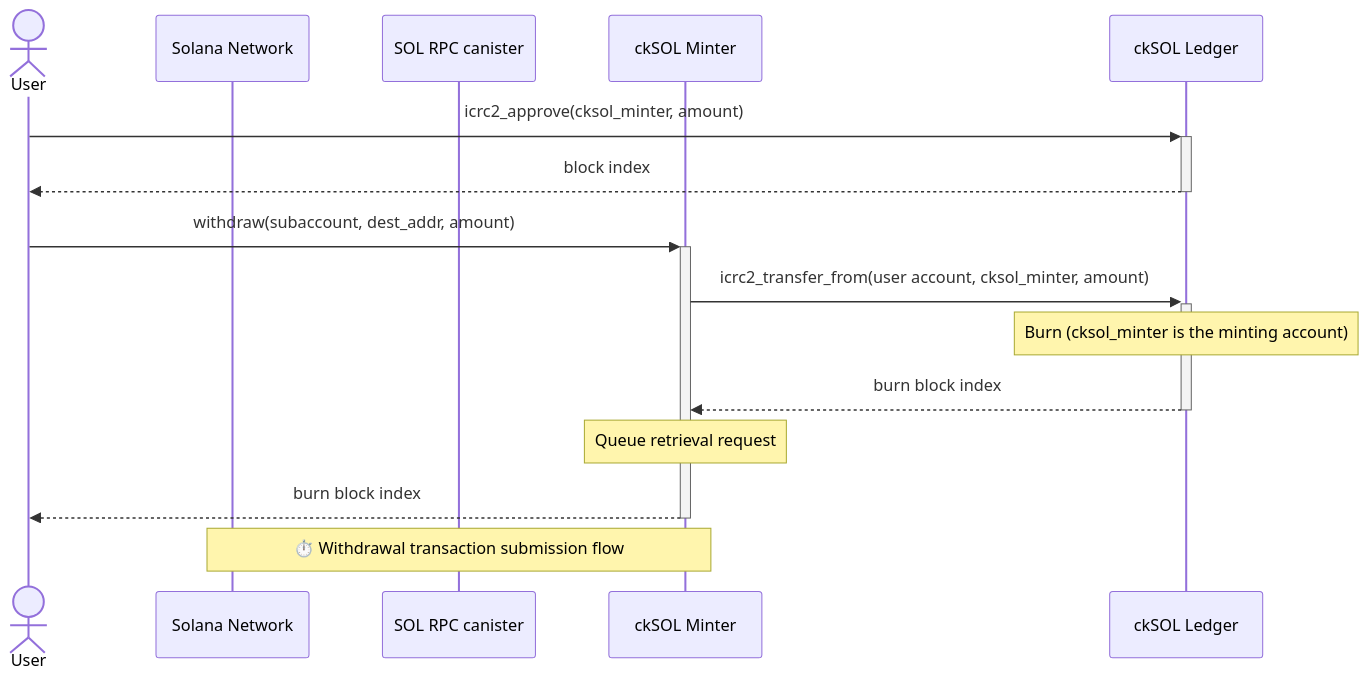
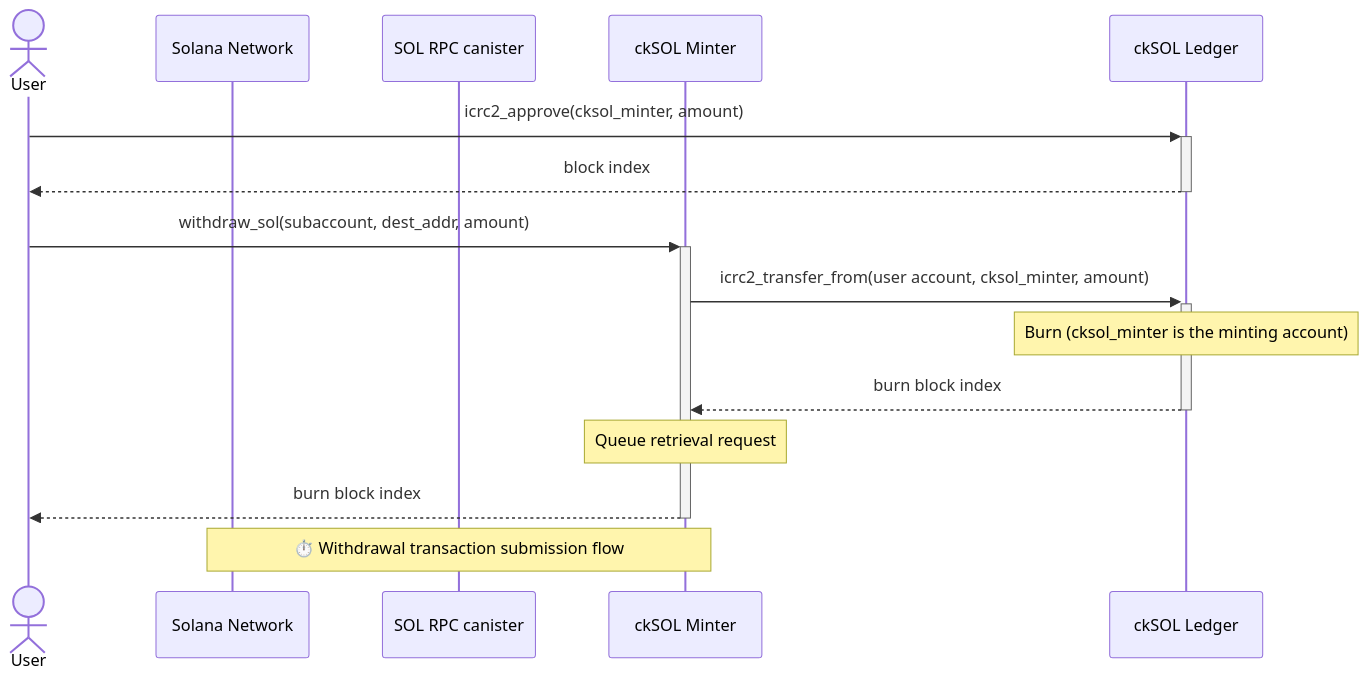
One commit to dfinity/cksol changed the fifth of 8 diagrams in docs/design.md. Above: the diagram before and after it, drawn with Mermaid. The commit also changed other lines of this file and 7 other files, not shown here.

First line of the commit message:
refactor(minter)!: rename the withdraw endpoint to withdraw_sol

````diff
--- a/docs/design.md
+++ b/docs/design.md
@@ -508,19 +508,19 @@
 ```mermaid
 sequenceDiagram
     actor User
     participant Solana as Solana Network
     participant RPC as SOL RPC canister
     participant Minter as ckSOL Minter
     participant Ledger as ckSOL Ledger
 
     User->>+Ledger: icrc2_approve(cksol_minter, amount)
     Ledger-->>-User: block index
-    User->>+Minter: withdraw(subaccount, dest_addr, amount)
+    User->>+Minter: withdraw_sol(subaccount, dest_addr, amount)
     Minter->>+Ledger: icrc2_transfer_from(user account, cksol_minter, amount)
     Note over Ledger: Burn (cksol_minter is the minting account)
     Ledger-->>-Minter: burn block index
     Note over Minter: Queue retrieval request
     Minter-->>-User: burn block index
 
     Note over Solana,Minter: ⏱️ Withdrawal transaction submission flow
 ```
````
